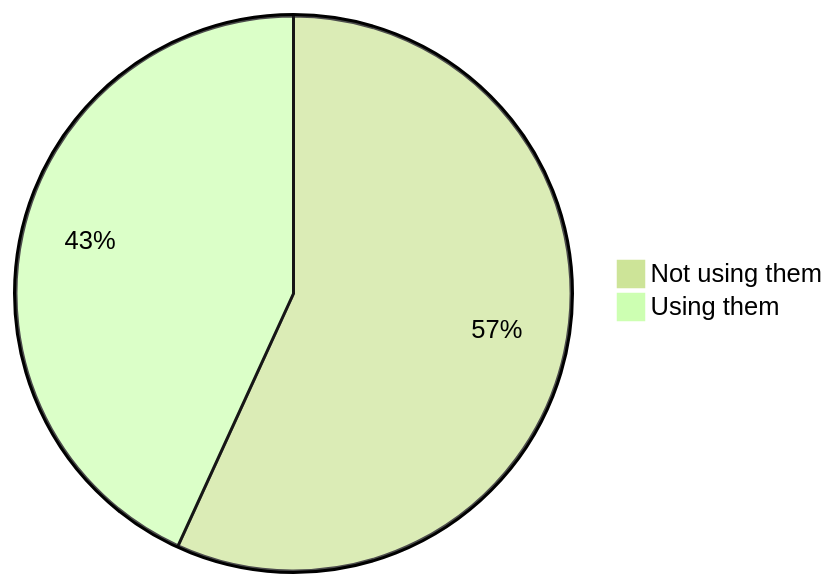
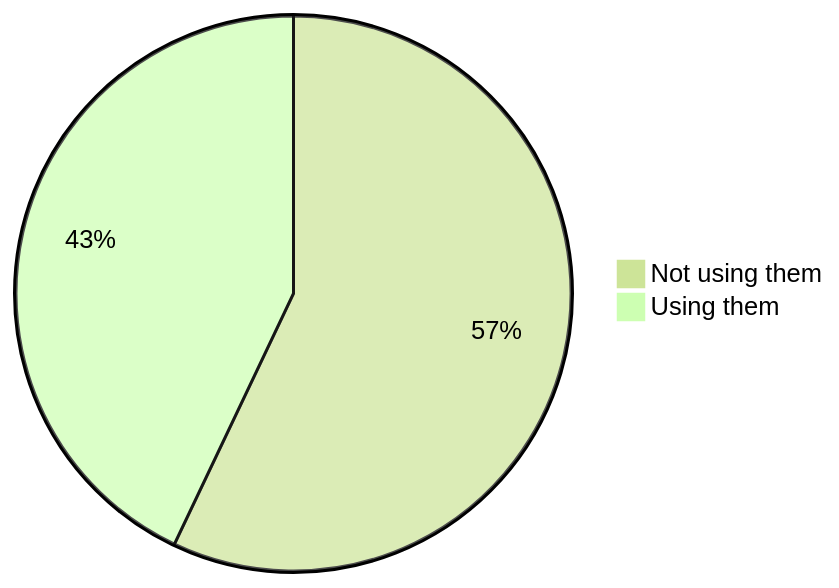
Before and after one commit to oshp/oshp-stats: the first of 22 diagrams in stats.md, drawn with Mermaid (forest theme). The commit also changed other lines of this file, not shown here.

````diff
--- a/stats.md
+++ b/stats.md
@@ -10,6 +10,6 @@
 ```mermaid
 pie
-	"Not using them" : 56.83
-	"Using them" : 43.17
+	"Not using them" : 57.06
+	"Using them" : 42.94
 
 ```
````
